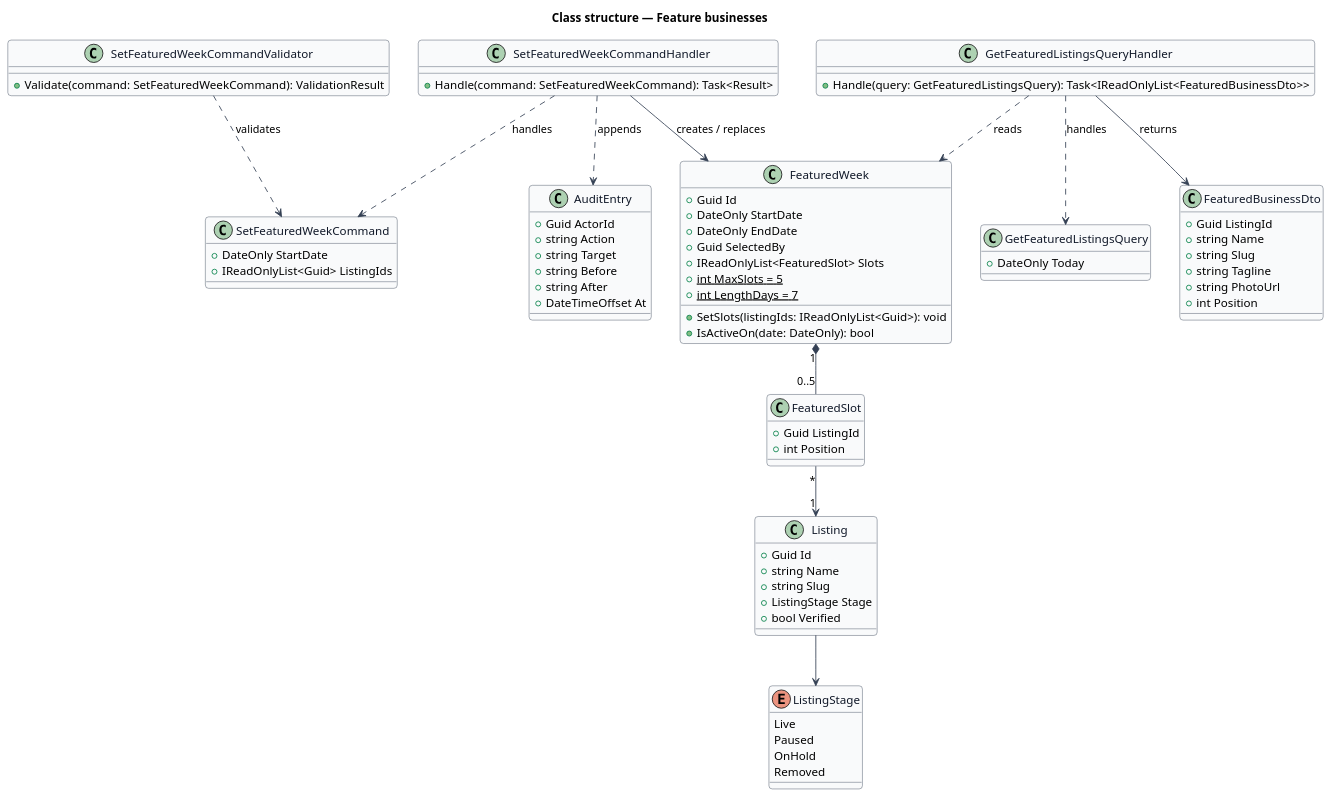
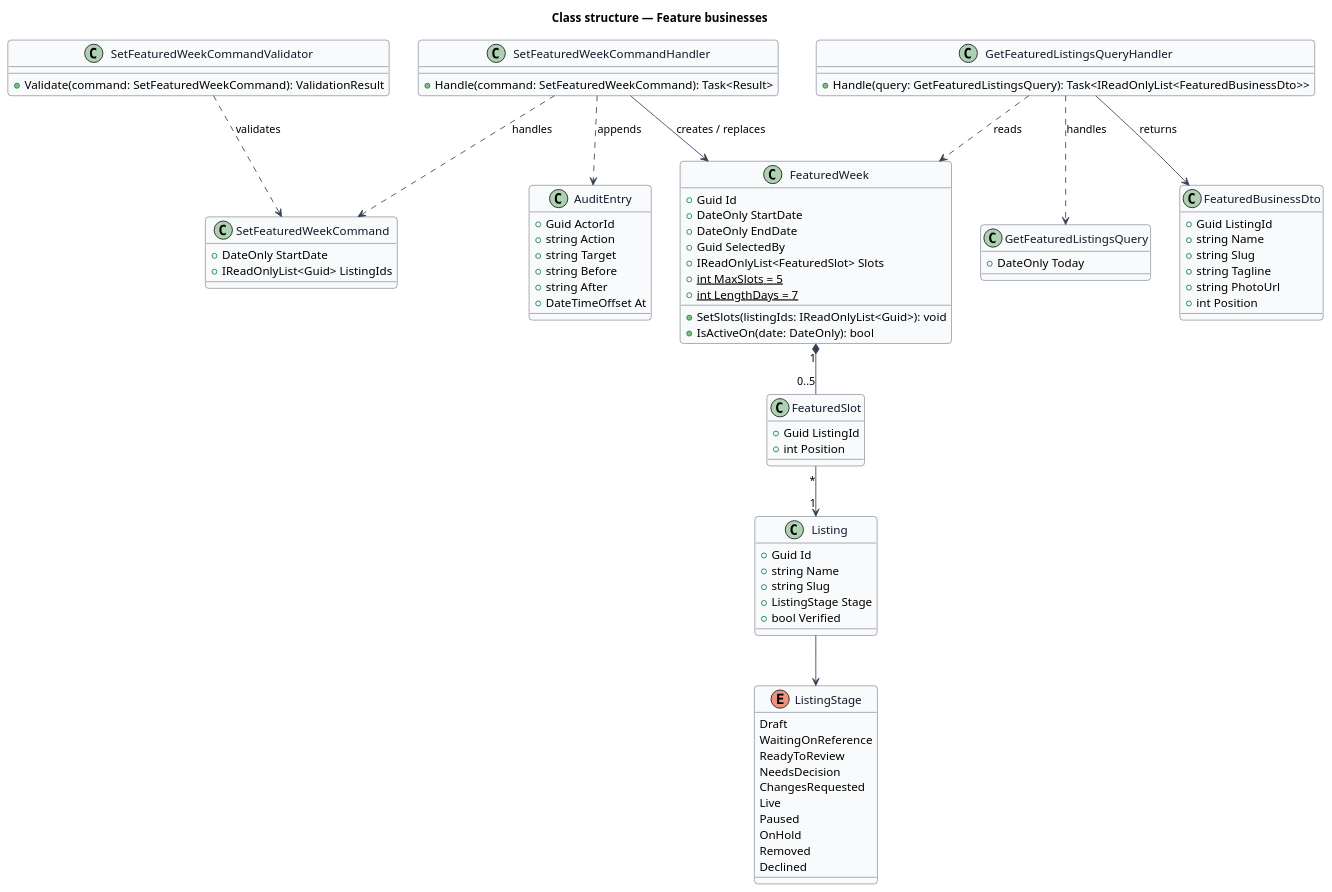
Before and after one commit to QuinntyneBrown/jubilee: the diagram in docs/detailed-designs/verification/feature-businesses/diagrams/class-structure.puml, drawn with PlantUML. The commit also changed 56 other files, not shown here.

```diff
--- a/docs/detailed-designs/verification/feature-businesses/diagrams/class-structure.puml
+++ b/docs/detailed-designs/verification/feature-businesses/diagrams/class-structure.puml
@@ -1,84 +1,90 @@
 @startuml
 skinparam backgroundColor #FFFFFF
 skinparam shadowing false
 skinparam roundcorner 8
 skinparam defaultFontName Arial
 skinparam ArrowColor #344054
 skinparam class {
   BorderColor #344054
   FontColor #101828
   BackgroundColor #F9FAFB
 }
 title Class structure — Feature businesses
 enum ListingStage {
+  Draft
+  WaitingOnReference
+  ReadyToReview
+  NeedsDecision
+  ChangesRequested
   Live
   Paused
   OnHold
   Removed
+  Declined
 }
 class FeaturedWeek {
   +Guid Id
   +DateOnly StartDate
   +DateOnly EndDate
   +Guid SelectedBy
   +IReadOnlyList<FeaturedSlot> Slots
   +{static} int MaxSlots = 5
   +{static} int LengthDays = 7
   +SetSlots(listingIds: IReadOnlyList<Guid>): void
   +IsActiveOn(date: DateOnly): bool
 }
 class FeaturedSlot {
   +Guid ListingId
   +int Position
 }
 class Listing {
   +Guid Id
   +string Name
   +string Slug
   +ListingStage Stage
   +bool Verified
 }
 class SetFeaturedWeekCommand {
   +DateOnly StartDate
   +IReadOnlyList<Guid> ListingIds
 }
 class SetFeaturedWeekCommandValidator {
   +Validate(command: SetFeaturedWeekCommand): ValidationResult
 }
 class SetFeaturedWeekCommandHandler {
   +Handle(command: SetFeaturedWeekCommand): Task<Result>
 }
 class GetFeaturedListingsQuery {
   +DateOnly Today
 }
 class GetFeaturedListingsQueryHandler {
   +Handle(query: GetFeaturedListingsQuery): Task<IReadOnlyList<FeaturedBusinessDto>>
 }
 class FeaturedBusinessDto {
   +Guid ListingId
   +string Name
   +string Slug
   +string Tagline
   +string PhotoUrl
   +int Position
 }
 class AuditEntry {
   +Guid ActorId
   +string Action
   +string Target
   +string Before
   +string After
   +DateTimeOffset At
 }
 
 SetFeaturedWeekCommandHandler ..> SetFeaturedWeekCommand : handles
 SetFeaturedWeekCommandValidator ..> SetFeaturedWeekCommand : validates
 SetFeaturedWeekCommandHandler --> FeaturedWeek : creates / replaces
 SetFeaturedWeekCommandHandler ..> AuditEntry : appends
 GetFeaturedListingsQueryHandler ..> GetFeaturedListingsQuery : handles
 GetFeaturedListingsQueryHandler --> FeaturedBusinessDto : returns
 GetFeaturedListingsQueryHandler ..> FeaturedWeek : reads
 FeaturedWeek "1" *-- "0..5" FeaturedSlot
 FeaturedSlot "*" --> "1" Listing
 Listing --> ListingStage
 @enduml
```
